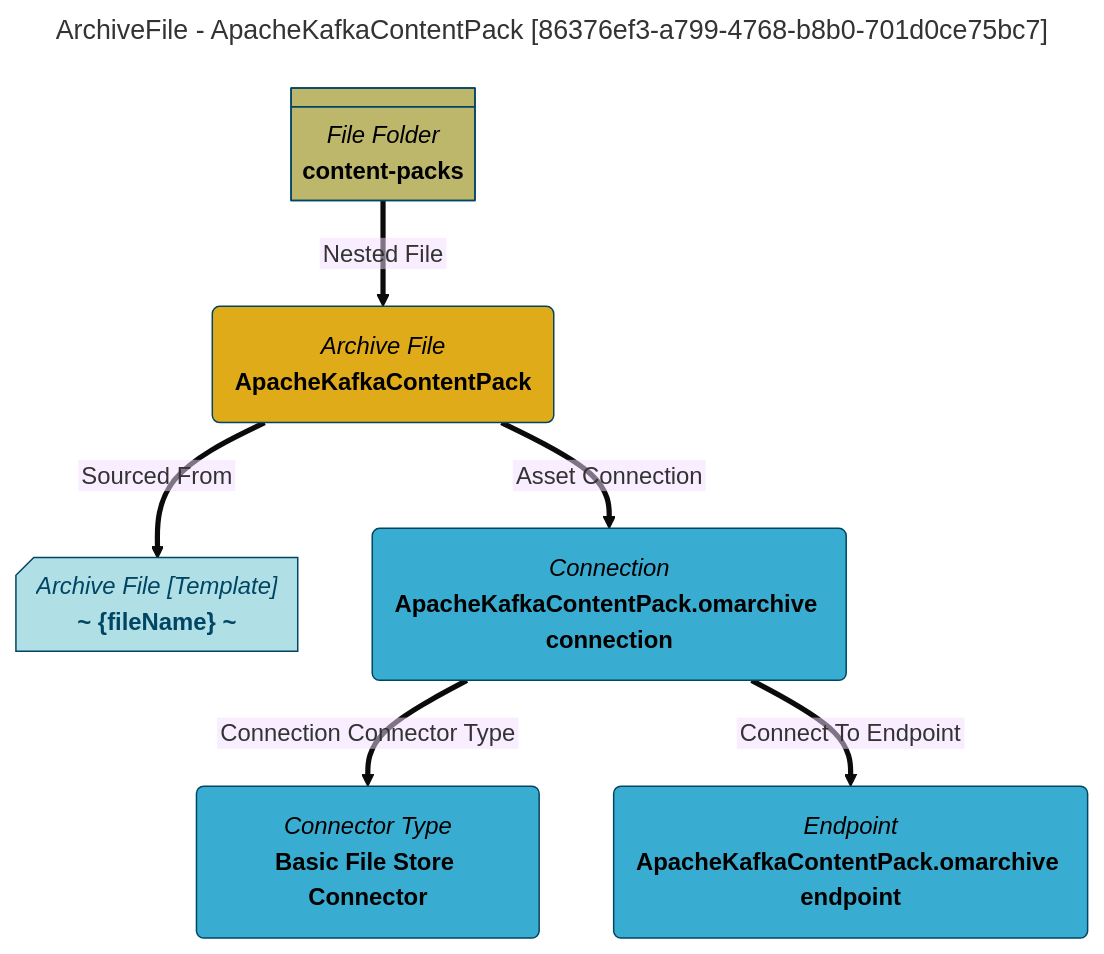
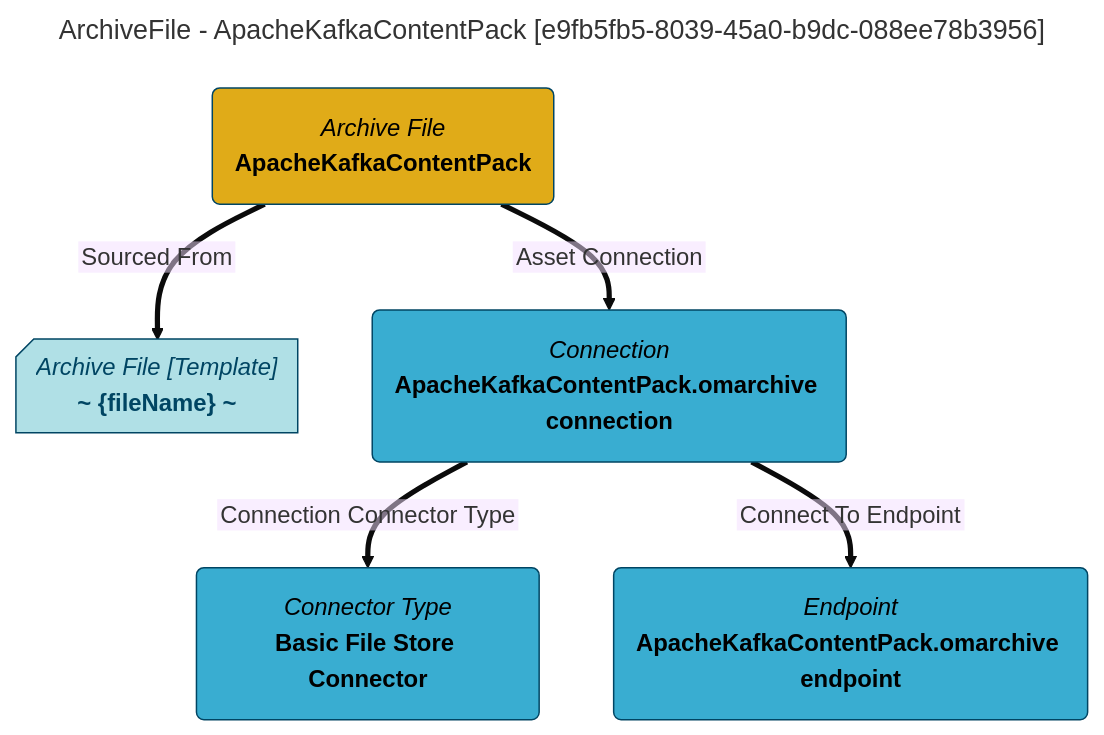
One commit to odpi/egeria-docs changed the diagram in site/snippets/data-assets/apachekafkacontentpack-mermaid-graph.md. Above: the diagram before and after it, drawn with Mermaid (base theme). The commit also changed 2201 other files, not shown here.

````diff
--- a/site/snippets/data-assets/apachekafkacontentpack-mermaid-graph.md
+++ b/site/snippets/data-assets/apachekafkacontentpack-mermaid-graph.md
@@ -1,31 +1,27 @@
 ```mermaid
 ---
-title: ArchiveFile - ApacheKafkaContentPack [86376ef3-a799-4768-b8b0-701d0ce75bc7]
+title: ArchiveFile - ApacheKafkaContentPack [e9fb5fb5-8039-45a0-b9dc-088ee78b3956]
 ---
 flowchart TD
 %%{init: {"flowchart": {"htmlLabels": false}} }%%
 
 1@{ shape: rounded, label: "*Archive File*
 **ApacheKafkaContentPack**"}
 2@{ shape: card, label: "*Archive File [Template]*
 **~ {fileName} ~**"}
 1==>|"Sourced From"|2
 3@{ shape: rounded, label: "*Connection*
 **ApacheKafkaContentPack.omarchive connection**"}
 1==>|"Asset Connection"|3
 4@{ shape: rounded, label: "*Connector Type*
 **Basic File Store Connector**"}
 3==>|"Connection Connector Type"|4
 5@{ shape: rounded, label: "*Endpoint*
 **ApacheKafkaContentPack.omarchive endpoint**"}
 3==>|"Connect To Endpoint"|5
-6@{ shape: div-rect, label: "*File Folder*
-**content-packs**"}
-6==>|"Nested File"|1
 style 1 color:#000000, fill:#e0ab18, stroke:#004563
 style 2 color:#004563, fill:#b0e0e6, stroke:#004563
 style 3 color:#000000, fill:#39add1, stroke:#004563
 style 4 color:#000000, fill:#39add1, stroke:#004563
 style 5 color:#000000, fill:#39add1, stroke:#004563
-style 6 color:#000000, fill:#bdb76b, stroke:#004563
 ```
````
